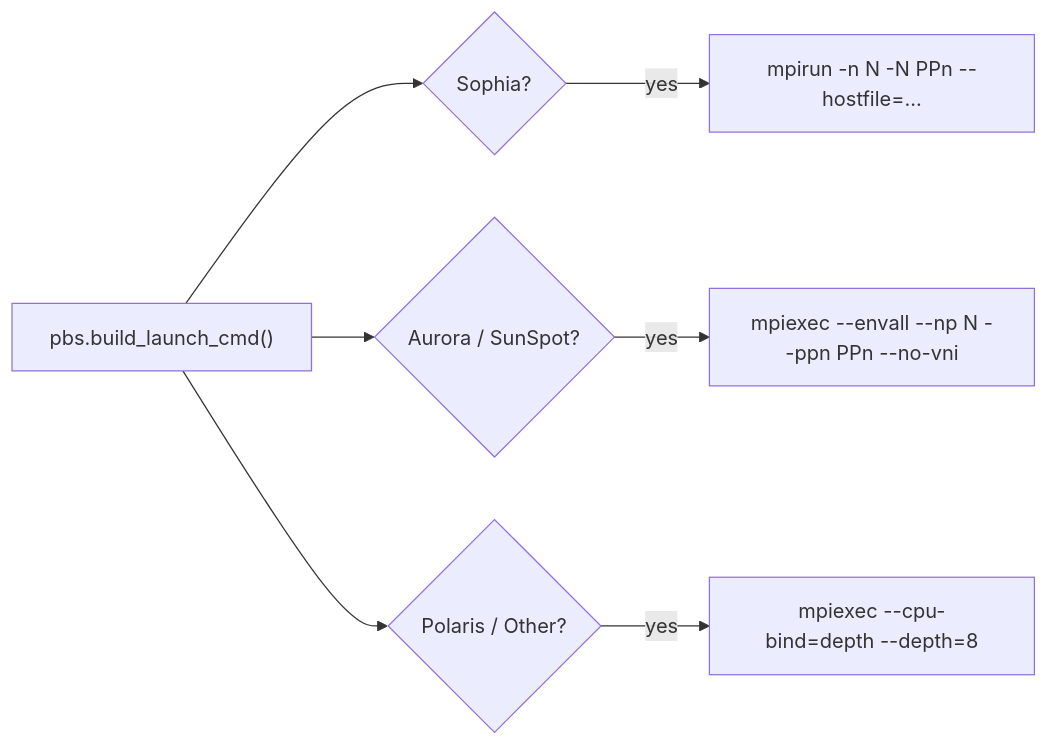
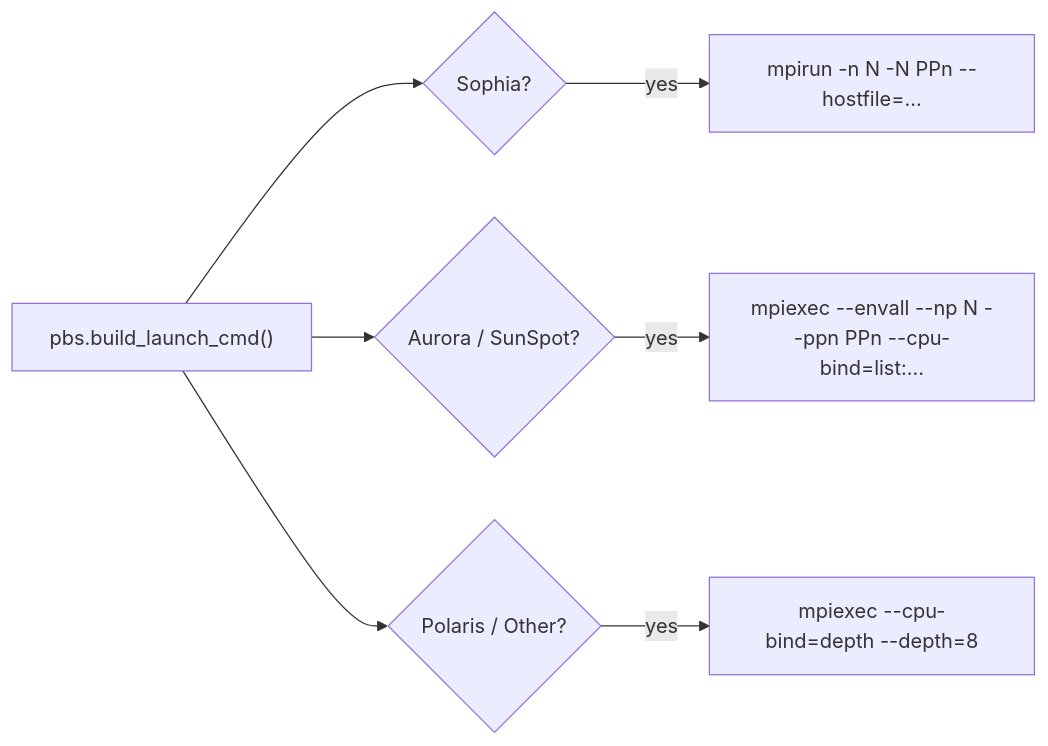
One commit to saforem2/ezpz changed diagram 11 of 17 in docs/notes/diagrams.md. Above: the diagram before and after it, drawn with Mermaid. The commit also changed other lines of this file and 4 other files, not shown here.

First line of the commit message:
chore(launch): drop `--no-vni` from default Aurora/Sunspot mpiexec args (#156)

````diff
--- a/docs/notes/diagrams.md
+++ b/docs/notes/diagrams.md
@@ -441,12 +441,12 @@
 ```mermaid
 flowchart LR
     build["pbs.build_launch_cmd()"]
 
     build --> sophia{"Sophia?"}
     build --> aurora{"Aurora / SunSpot?"}
     build --> polaris{"Polaris / Other?"}
 
     sophia -- yes --> mpirun["mpirun -n N -N PPn --hostfile=..."]
-    aurora -- yes --> mpiexec_aurora["mpiexec --envall --np N --ppn PPn --no-vni"]
+    aurora -- yes --> mpiexec_aurora["mpiexec --envall --np N --ppn PPn --cpu-bind=list:..."]
     polaris -- yes --> mpiexec_pol["mpiexec --cpu-bind=depth --depth=8"]
 ```
````
